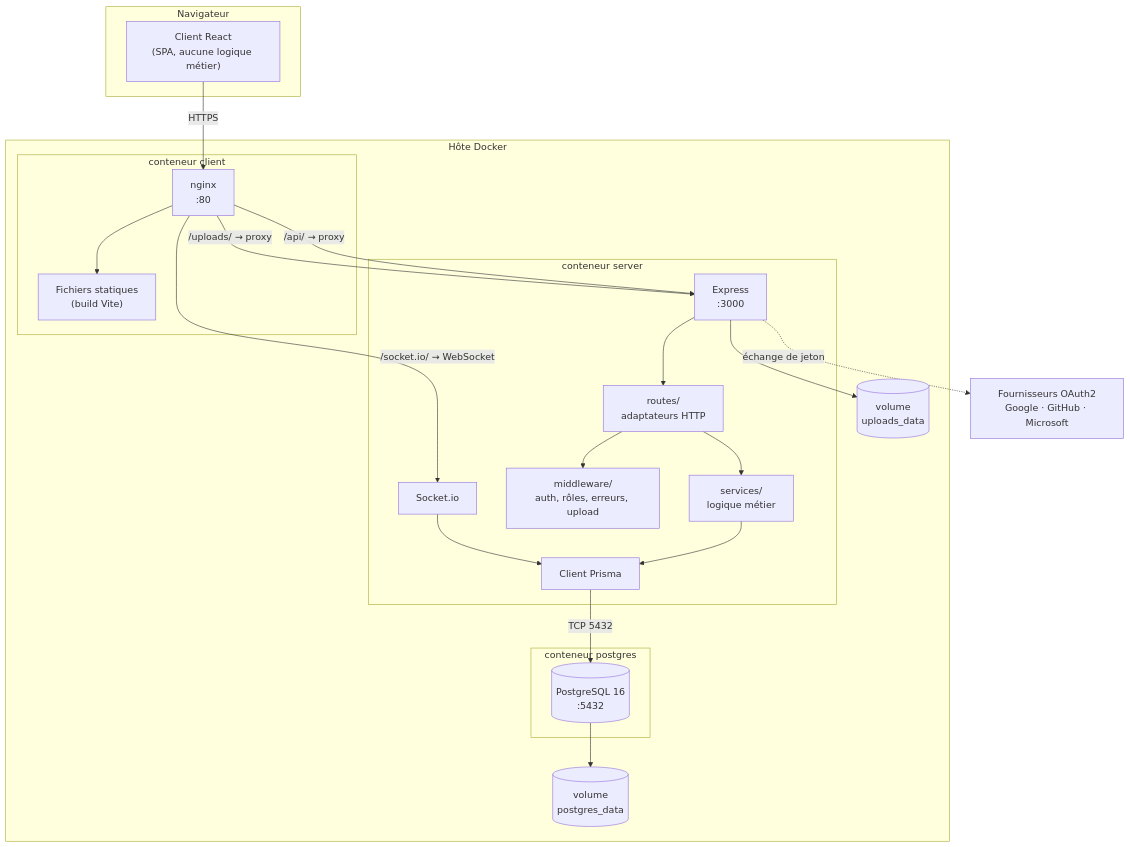
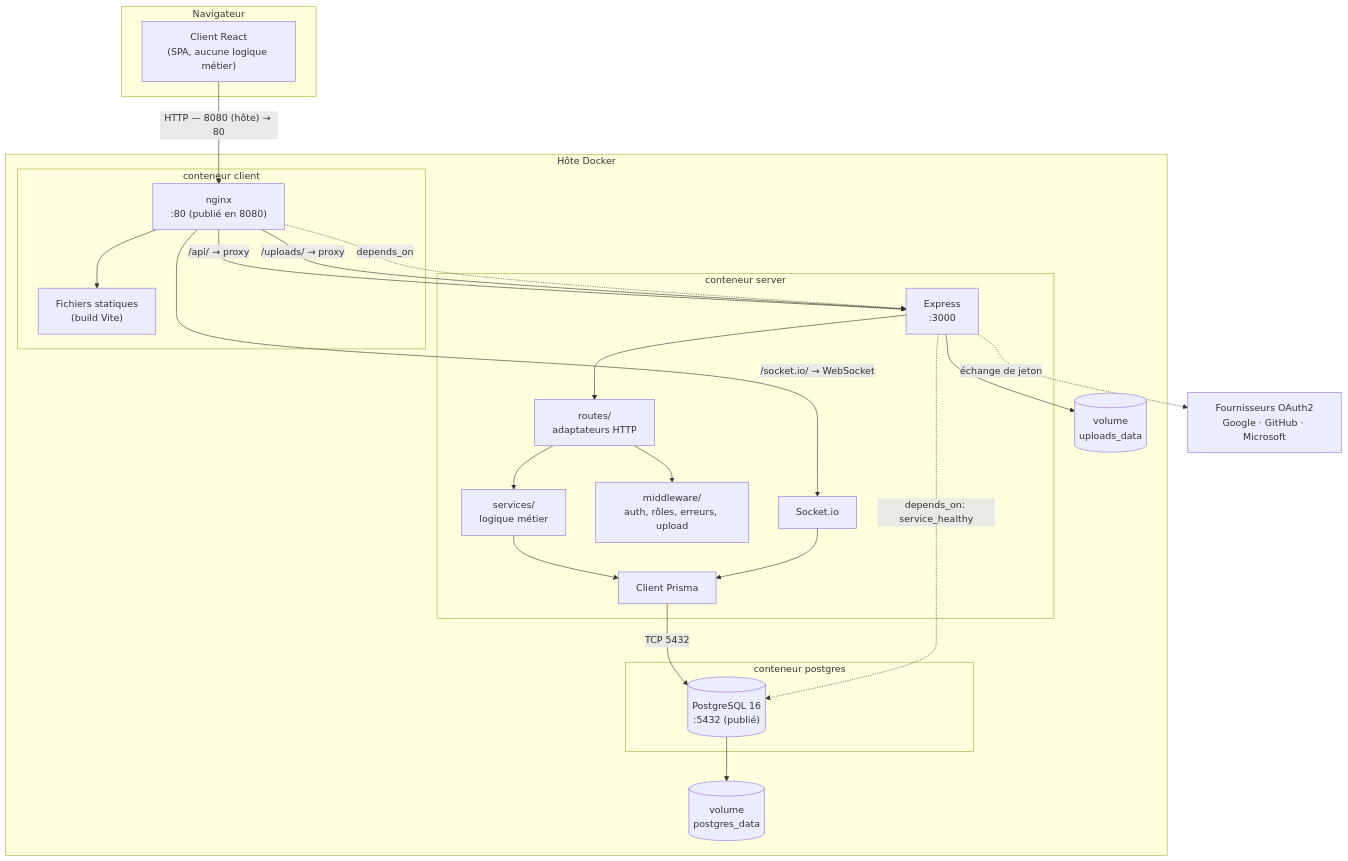
Before and after one commit to assurleaddev/supmeal: the sixth of 10 diagrams in docs/documentation-technique.md, drawn with Mermaid. The commit also changed other lines of this file and 3 other files, not shown here.

First line of the commit message:
docs(uml): align every diagram with the code and add the missing models

````diff
--- a/docs/documentation-technique.md
+++ b/docs/documentation-technique.md
@@ -682,48 +783,51 @@
 ```mermaid
 graph TB
     subgraph Navigateur
         SPA["Client React<br/>(SPA, aucune logique métier)"]
     end
 
     subgraph "Hôte Docker"
         subgraph "conteneur client"
-            NG["nginx<br/>:80"]
+            NG["nginx<br/>:80 (publié en 8080)"]
             ST["Fichiers statiques<br/>(build Vite)"]
         end
 
         subgraph "conteneur server"
             EX["Express<br/>:3000"]
             RT["routes/<br/>adaptateurs HTTP"]
             SV["services/<br/>logique métier"]
             MW["middleware/<br/>auth, rôles, erreurs, upload"]
             IO["Socket.io"]
             PR["Client Prisma"]
         end
 
         subgraph "conteneur postgres"
-            DB[("PostgreSQL 16<br/>:5432")]
+            DB[("PostgreSQL 16<br/>:5432 (publié)")]
         end
 
         VU[("volume<br/>uploads_data")]
         VD[("volume<br/>postgres_data")]
     end
 
     EXT["Fournisseurs OAuth2<br/>Google · GitHub · Microsoft"]
 
-    SPA -->|HTTPS| NG
+    SPA -->|"HTTP — 8080 (hôte) → 80"| NG
     NG --> ST
     NG -->|"/api/ → proxy"| EX
     NG -->|"/uploads/ → proxy"| EX
     NG -->|"/socket.io/ → WebSocket"| IO
 
     EX --> RT
     RT --> SV
     RT --> MW
     SV --> PR
     IO --> PR
     PR -->|TCP 5432| DB
 
     EX --> VU
     DB --> VD
     EX -.->|échange de jeton| EXT
+
+    EX -.->|"depends_on: service_healthy"| DB
+    NG -.->|depends_on| EX
 ```
````
